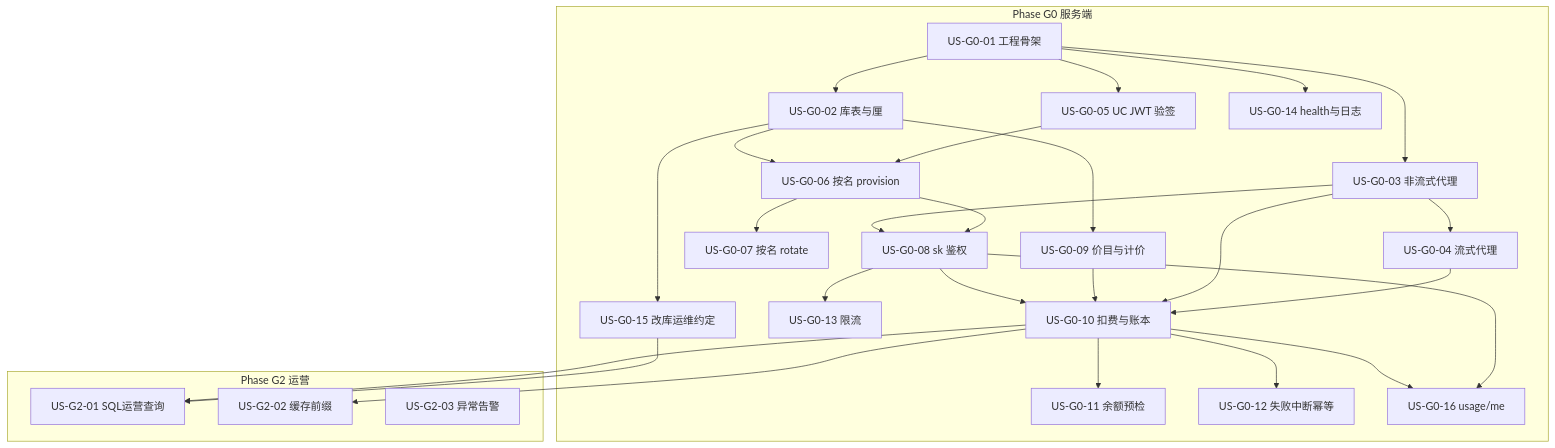
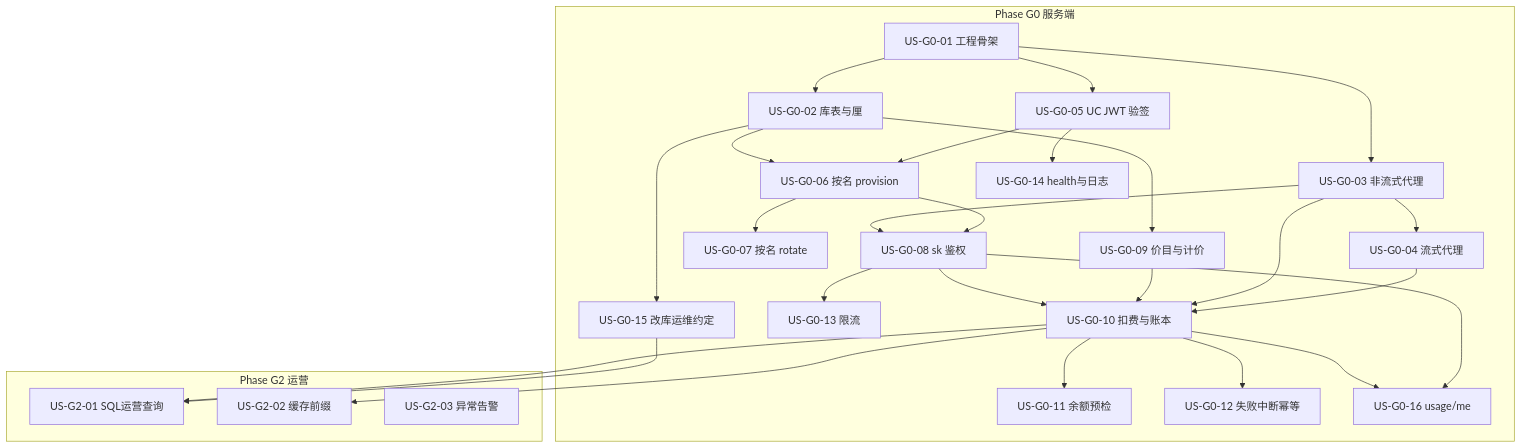
Before and after one commit to Pedro-MAFS/ftcs: the diagram in token-gateway/docs/02-用户故事.md, drawn with Mermaid. The commit also changed other lines of this file and 13 other files, not shown here.

````diff
--- a/token-gateway/docs/02-用户故事.md
+++ b/token-gateway/docs/02-用户故事.md
@@ -34,53 +34,53 @@
 ```mermaid
 flowchart TB
   subgraph G0["Phase G0 服务端"]
     US01[US-G0-01 工程骨架]
     US02[US-G0-02 库表与厘]
     US03[US-G0-03 非流式代理]
     US04[US-G0-04 流式代理]
     US05[US-G0-05 UC JWT 验签]
     US06[US-G0-06 按名 provision]
     US07[US-G0-07 按名 rotate]
     US08[US-G0-08 sk 鉴权]
     US09[US-G0-09 价目与计价]
     US10[US-G0-10 扣费与账本]
     US11[US-G0-11 余额预检]
     US12[US-G0-12 失败中断幂等]
     US13[US-G0-13 限流]
     US14[US-G0-14 health与日志]
     US15[US-G0-15 改库运维约定]
     US16[US-G0-16 usage/me]
 
     US01 --> US02
     US01 --> US03
     US01 --> US05
-    US01 --> US14
     US02 --> US06
     US02 --> US09
     US03 --> US04
     US03 --> US08
     US05 --> US06
+    US05 --> US14
     US06 --> US07
     US06 --> US08
     US08 --> US10
     US09 --> US10
     US03 --> US10
     US04 --> US10
     US10 --> US11
     US10 --> US12
     US08 --> US13
     US02 --> US15
     US10 --> US16
     US08 --> US16
   end
 
   subgraph G2["Phase G2 运营"]
     US31[US-G2-01 SQL运营查询]
     US32[US-G2-02 缓存前缀]
     US33[US-G2-03 异常告警]
   end
 
   US10 --> US31
   US15 --> US31
   US10 --> US32
 ```
````
